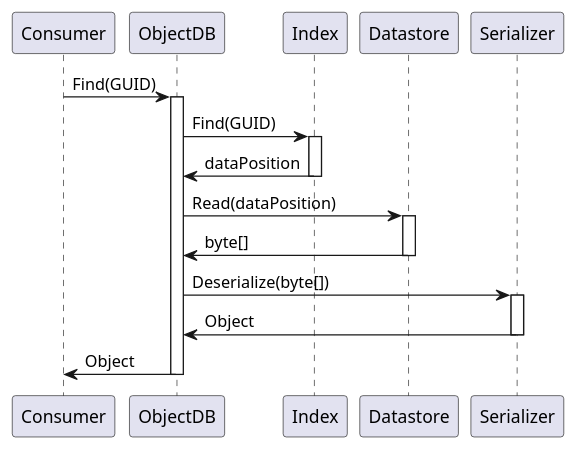
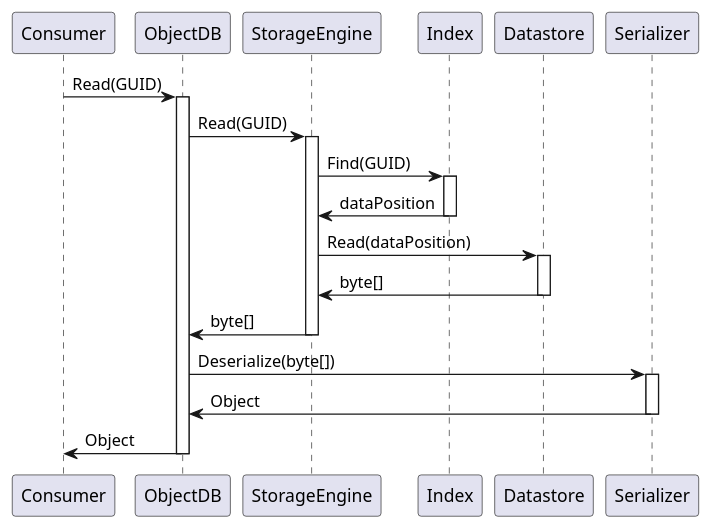
The diagram in doc/sd-read.puml (markus-wa/ObjectOrientedDB), drawn with PlantUML before and after one commit.

```diff
--- a/doc/sd-read.puml
+++ b/doc/sd-read.puml
@@ -1,21 +1,24 @@
 @startuml
 participant Consumer
 participant ObjectDB
+participant StorageEngine
 participant Index
 participant Datastore
 participant Serializer
 
-Consumer -> ObjectDB ++: Find(GUID)
+Consumer -> ObjectDB ++: Read(GUID)
 
-ObjectDB -> Index ++: Find(GUID)
-Index -> ObjectDB --: dataPosition
+ObjectDB -> StorageEngine ++: Read(GUID)
+StorageEngine -> Index ++: Find(GUID)
+Index -> StorageEngine --: dataPosition
 
-ObjectDB -> Datastore ++: Read(dataPosition)
-Datastore -> ObjectDB --: byte[]
+StorageEngine -> Datastore ++: Read(dataPosition)
+Datastore -> StorageEngine --: byte[]
+StorageEngine -> ObjectDB --: byte[]
 
 ObjectDB  -> Serializer ++: Deserialize(byte[])
 Serializer -> ObjectDB --: Object
 
 ObjectDB -> Consumer --: Object
 
 @enduml
```
